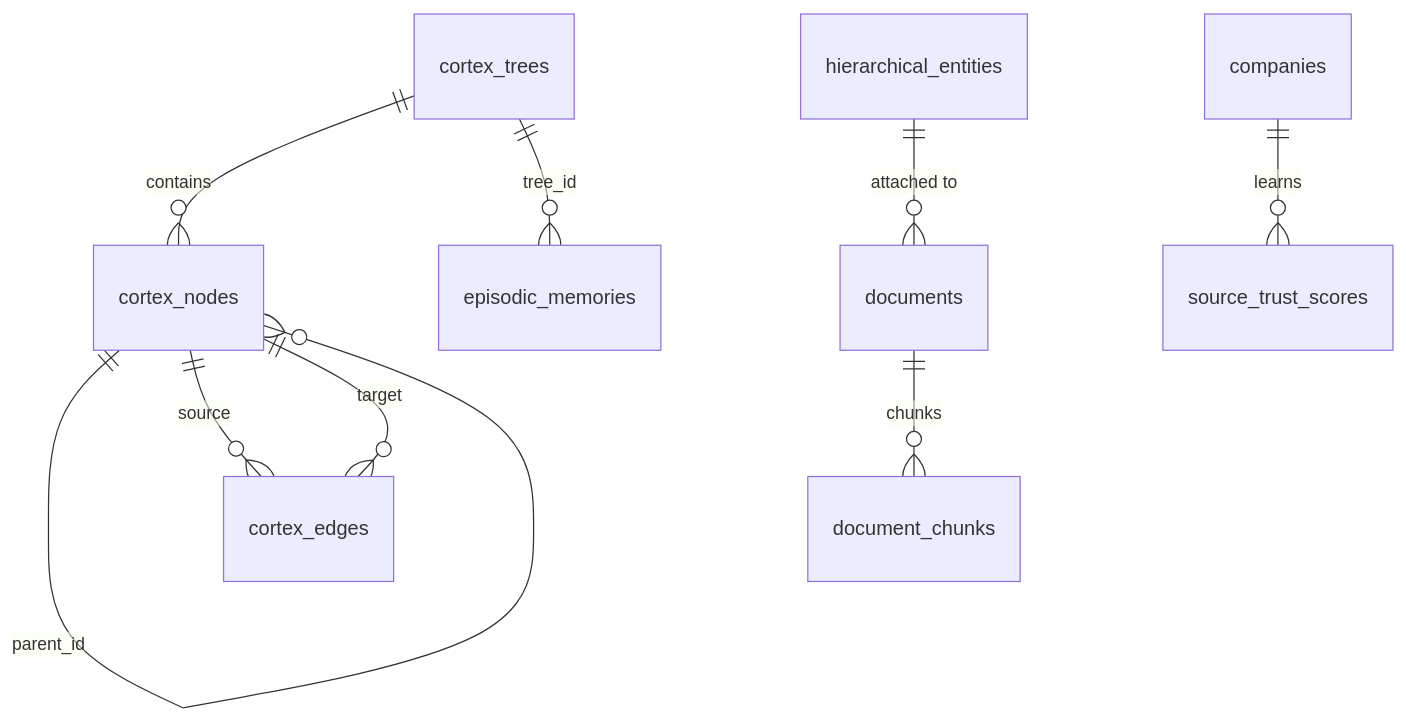
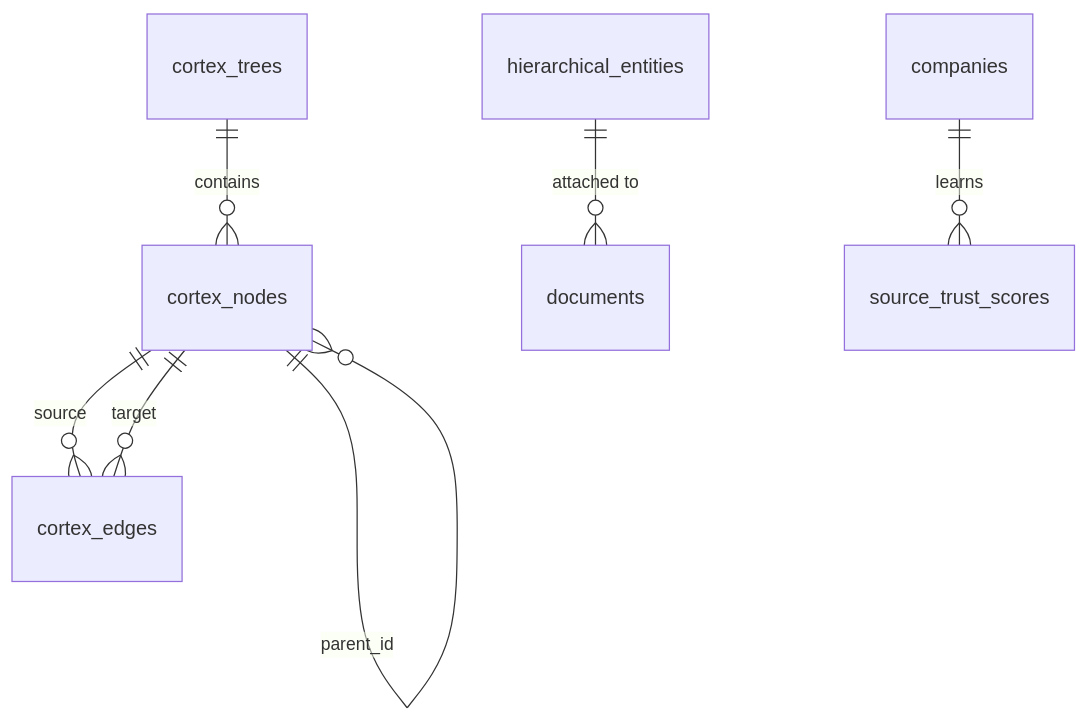
The fifth of 22 diagrams in docs/current/03-data-model.md (gondolerahul/hire-buddha-app), drawn with Mermaid before and after one commit. The commit also changed other lines of this file and 5 other files, not shown here.

````diff
--- a/docs/current/03-data-model.md
+++ b/docs/current/03-data-model.md
@@ -535,11 +534,9 @@
 ```mermaid
 erDiagram
   cortex_trees ||--o{ cortex_nodes : "contains"
   cortex_nodes ||--o{ cortex_nodes : "parent_id"
   cortex_nodes ||--o{ cortex_edges : "source"
   cortex_nodes ||--o{ cortex_edges : "target"
-  cortex_trees ||--o{ episodic_memories : "tree_id"
-  documents ||--o{ document_chunks : "chunks"
   hierarchical_entities ||--o{ documents : "attached to"
   companies ||--o{ source_trust_scores : "learns"
 ```
````
